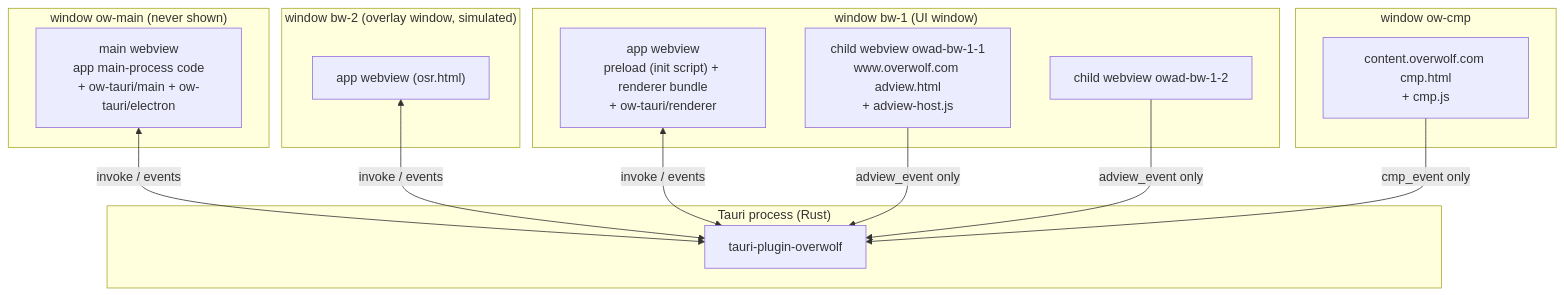
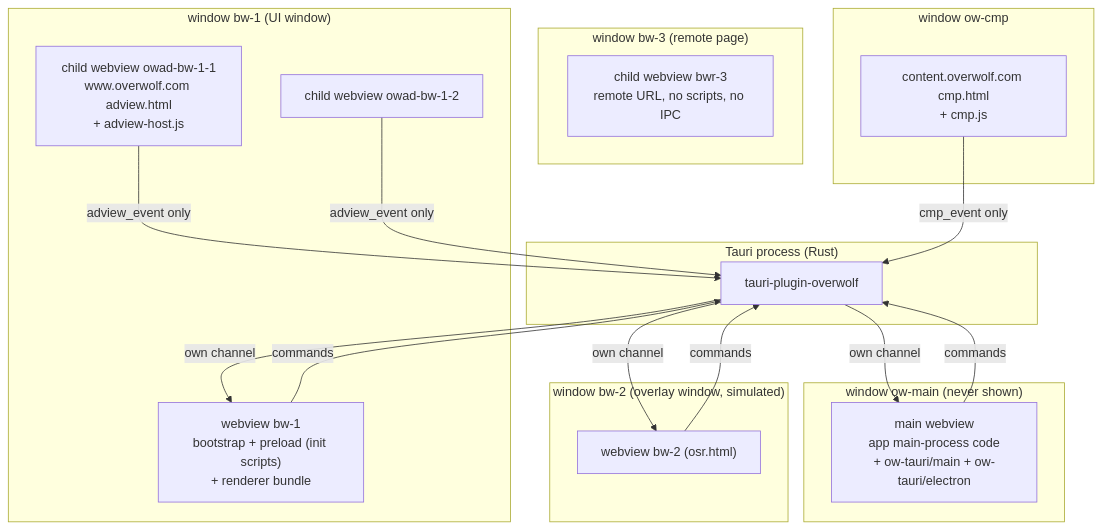
Before and after one commit to AlloryDante/ow-tauri: the second of 9 diagrams in docs/ARCHITECTURE.md, drawn with Mermaid. The commit also changed other lines of this file and 17 other files, not shown here.

````diff
--- a/docs/ARCHITECTURE.md
+++ b/docs/ARCHITECTURE.md
@@ -111,26 +115,32 @@
 ```mermaid
 flowchart TB
   subgraph Process["Tauri process (Rust)"]
     P["tauri-plugin-overwolf"]
   end
   subgraph W0["window ow-main (never shown)"]
     MW["main webview<br/>app main-process code<br/>+ ow-tauri/main + ow-tauri/electron"]
   end
   subgraph W1["window bw-1 (UI window)"]
-    UI1["app webview<br/>preload (init script) + renderer bundle<br/>+ ow-tauri/renderer"]
+    UI1["webview bw-1<br/>bootstrap + preload (init scripts)<br/>+ renderer bundle"]
     AD1["child webview owad-bw-1-1<br/>www.overwolf.com adview.html<br/>+ adview-host.js"]
     AD2["child webview owad-bw-1-2"]
   end
   subgraph W2["window bw-2 (overlay window, simulated)"]
-    UI2["app webview (osr.html)"]
+    UI2["webview bw-2 (osr.html)"]
+  end
+  subgraph W4["window bw-3 (remote page)"]
+    REM["child webview bwr-3<br/>remote URL, no scripts, no IPC"]
   end
   subgraph W3["window ow-cmp"]
     CMPW["content.overwolf.com cmp.html<br/>+ cmp.js"]
   end
-  MW <-- "invoke / events" --> P
-  UI1 <-- "invoke / events" --> P
-  UI2 <-- "invoke / events" --> P
+  MW -- "commands" --> P
+  P -- "own channel" --> MW
+  UI1 -- "commands" --> P
+  P -- "own channel" --> UI1
+  UI2 -- "commands" --> P
+  P -- "own channel" --> UI2
   AD1 -- "adview_event only" --> P
   AD2 -- "adview_event only" --> P
   CMPW -- "cmp_event only" --> P
 ```
````
